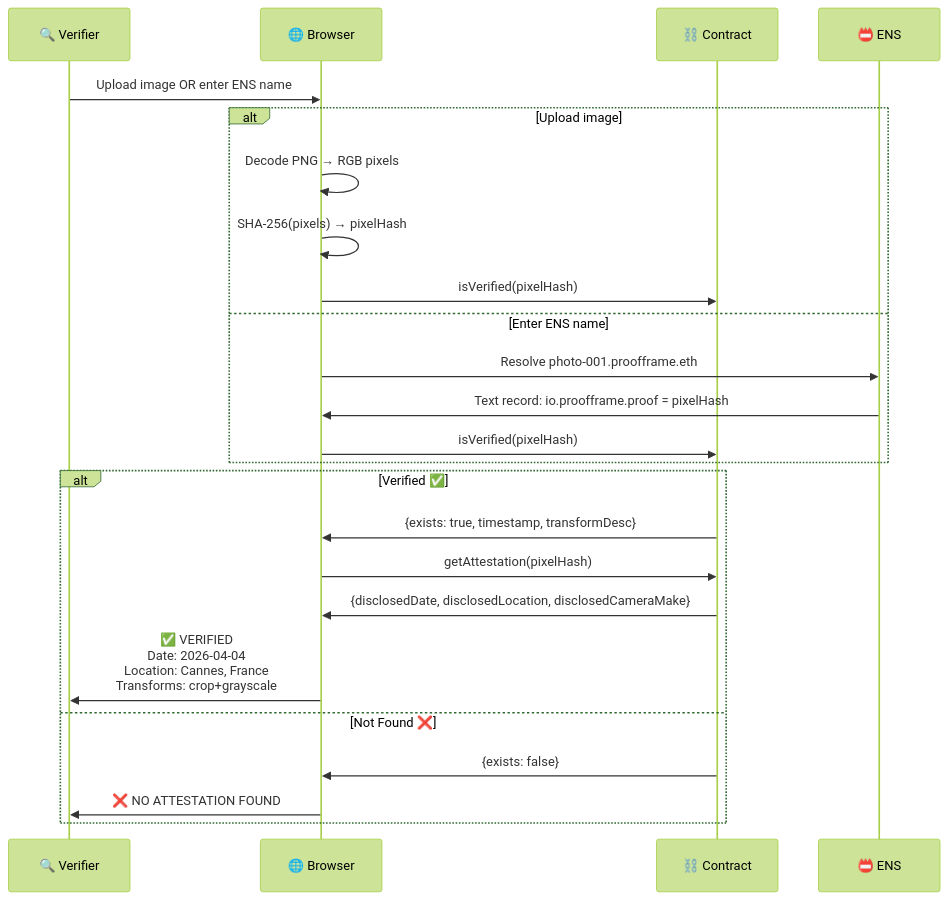
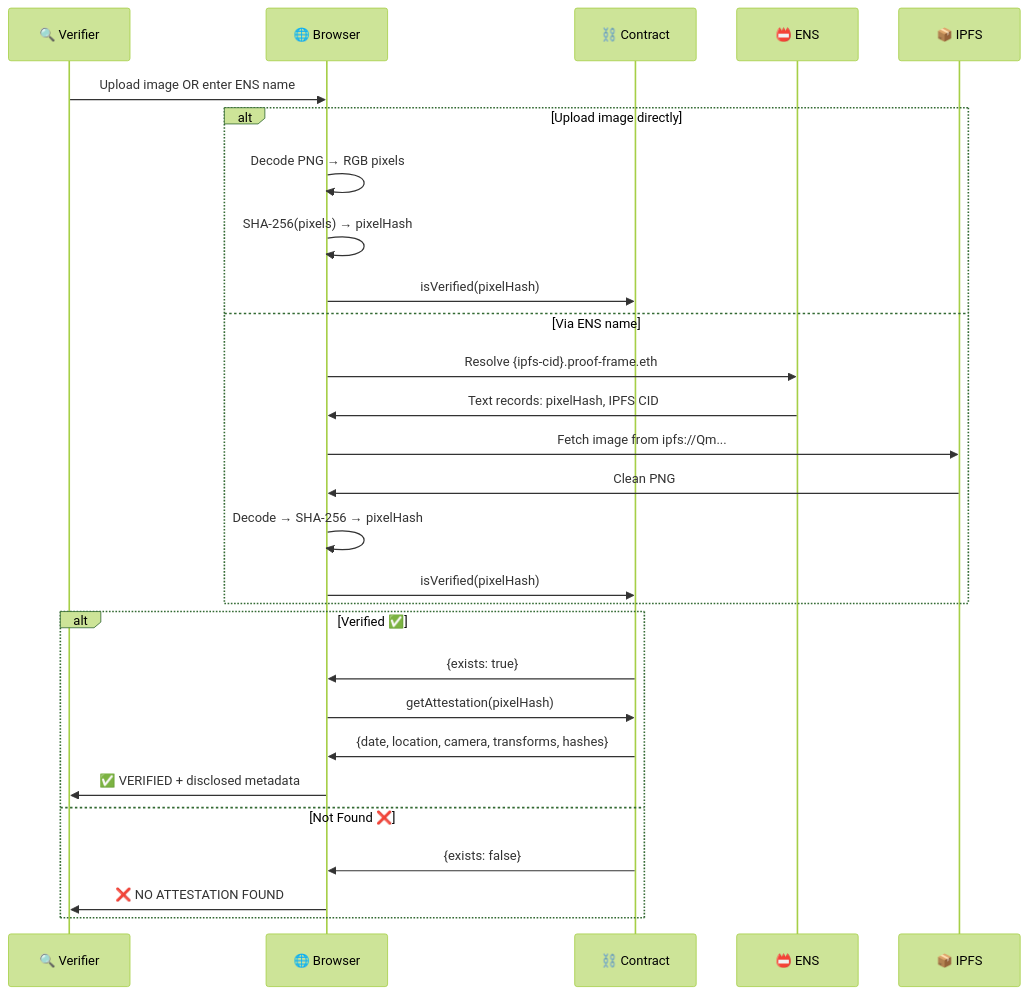
Before and after one commit to pycckuu/proof-frame: the ninth of 13 diagrams in docs/DIAGRAMS.md, drawn with Mermaid (forest theme). The commit also changed other lines of this file and 7 other files, not shown here.

First line of the commit message:
feat(ens): integrate NameStone subnames and IPFS image upload

````diff
--- a/docs/DIAGRAMS.md
+++ b/docs/DIAGRAMS.md
@@ -356,29 +361,33 @@
 ```mermaid
 sequenceDiagram
     participant U as 🔍 Verifier
     participant B as 🌐 Browser
     participant C as ⛓️ Contract
     participant E as 📛 ENS
+    participant I as 📦 IPFS
 
     U->>B: Upload image OR enter ENS name
 
-    alt Upload image
+    alt Upload image directly
         B->>B: Decode PNG → RGB pixels
         B->>B: SHA-256(pixels) → pixelHash
         B->>C: isVerified(pixelHash)
-    else Enter ENS name
-        B->>E: Resolve photo-001.proofframe.eth
-        E->>B: Text record: io.proofframe.proof = pixelHash
+    else Via ENS name
+        B->>E: Resolve {ipfs-cid}.proof-frame.eth
+        E->>B: Text records: pixelHash, IPFS CID
+        B->>I: Fetch image from ipfs://Qm...
+        I->>B: Clean PNG
+        B->>B: Decode → SHA-256 → pixelHash
         B->>C: isVerified(pixelHash)
     end
 
     alt Verified ✅
-        C->>B: {exists: true, timestamp, transformDesc}
+        C->>B: {exists: true}
         B->>C: getAttestation(pixelHash)
-        C->>B: {disclosedDate, disclosedLocation, disclosedCameraMake}
-        B->>U: ✅ VERIFIED<br/>Date: 2026-04-04<br/>Location: Cannes, France<br/>Transforms: crop+grayscale
+        C->>B: {date, location, camera, transforms, hashes}
+        B->>U: ✅ VERIFIED + disclosed metadata
     else Not Found ❌
         C->>B: {exists: false}
         B->>U: ❌ NO ATTESTATION FOUND
     end
 ```
````
